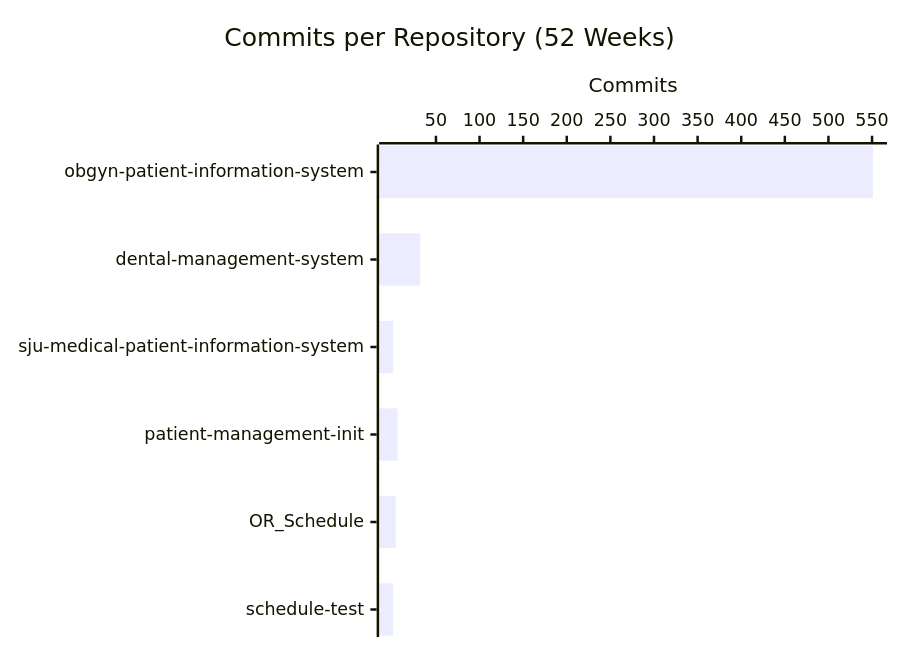
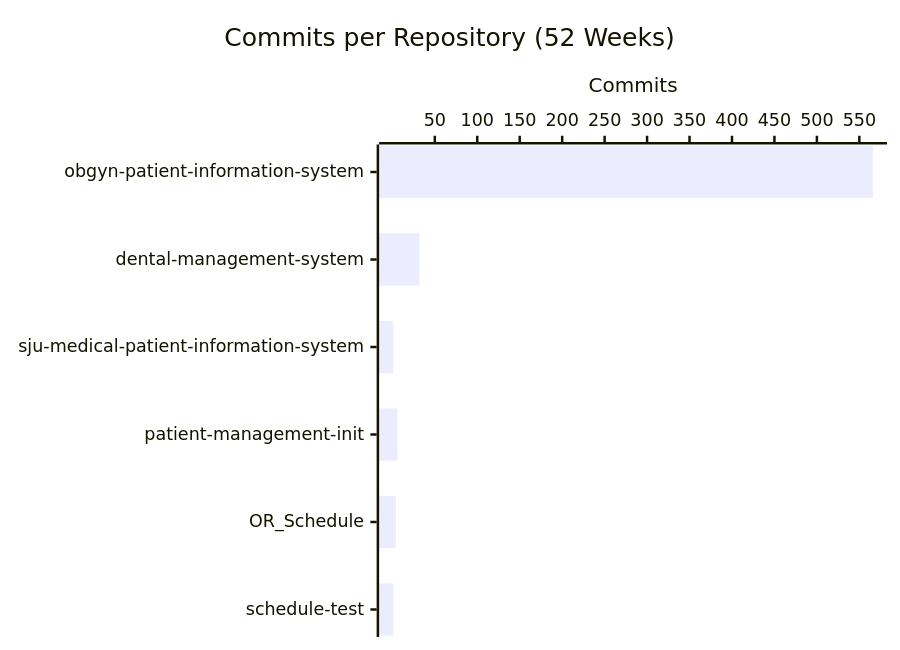
The second of 4 diagrams in profile/README.md (CSTH-Projects/.github), drawn with Mermaid before and after one commit. The commit also changed other lines of this file, not shown here.

````diff
--- a/profile/README.md
+++ b/profile/README.md
@@ -24,7 +24,7 @@
 ```mermaid
 xychart-beta horizontal
     title "Commits per Repository (52 Weeks)"
     x-axis ["obgyn-patient-information-system", "dental-management-system", "sju-medical-patient-information-system", "patient-management-init", "OR_Schedule", "schedule-test"]
     y-axis "Commits"
-    bar [551, 32, 1, 6, 4, 1]
+    bar [566, 32, 1, 6, 4, 1]
 ```
````
